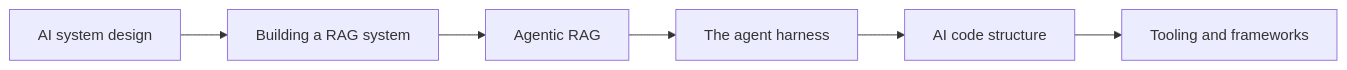
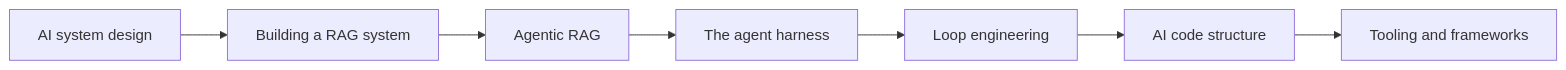
One commit to namphuongtran/ai-vault changed the diagram in content/en/building/_index.md. Above: the diagram before and after it, drawn with Mermaid. The commit also changed other lines of this file and 11 other files, not shown here.

````diff
--- a/content/en/building/_index.md
+++ b/content/en/building/_index.md
@@ -20,5 +20,5 @@
 ```mermaid
 flowchart LR
     A[AI system design] --> B[Building a RAG system] --> C[Agentic RAG]
-    C --> D[The agent harness] --> E[AI code structure] --> F[Tooling and frameworks]
+    C --> D[The agent harness] --> E[Loop engineering] --> F[AI code structure] --> G[Tooling and frameworks]
 ```
````
